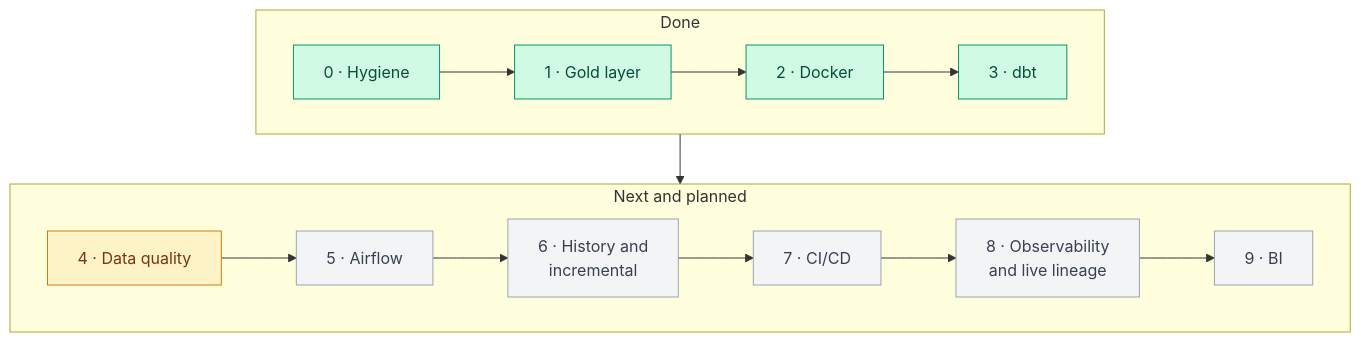
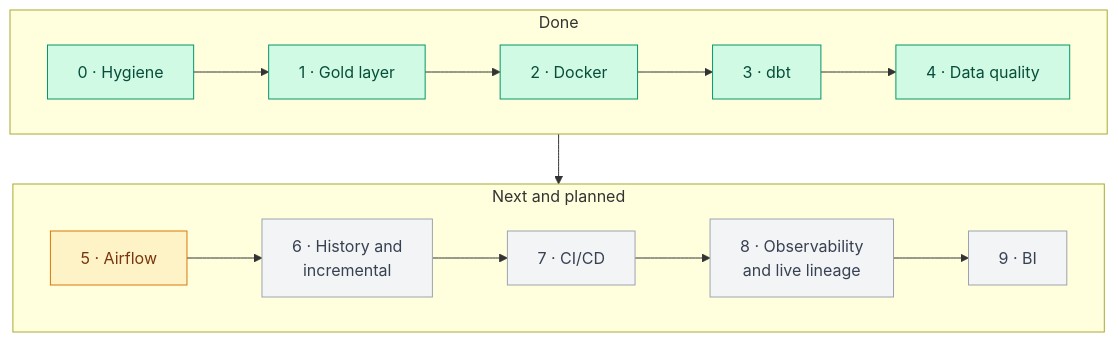
The first of 2 diagrams in docs/HUB.md (Afonsosequeira04/Data-Warehouse-Project), drawn with Mermaid before and after one commit. The commit also changed other lines of this file and 3 other files, not shown here.

````diff
--- a/docs/HUB.md
+++ b/docs/HUB.md
@@ -13,15 +13,15 @@
 ```mermaid
 flowchart TB
   subgraph DONE["Done"]
     direction LR
-    F0["0 · Hygiene"]:::done --> F1["1 · Gold layer"]:::done --> F2["2 · Docker"]:::done --> F3["3 · dbt"]:::done
+    F0["0 · Hygiene"]:::done --> F1["1 · Gold layer"]:::done --> F2["2 · Docker"]:::done --> F3["3 · dbt"]:::done --> F4["4 · Data quality"]:::done
   end
   subgraph NEXT["Next and planned"]
     direction LR
-    F4["4 · Data quality"]:::next --> F5["5 · Airflow"]:::planned --> F6["6 · History and<br/>incremental"]:::planned --> F7["7 · CI/CD"]:::planned --> F8["8 · Observability<br/>and live lineage"]:::planned --> F9["9 · BI"]:::planned
+    F5["5 · Airflow"]:::next --> F6["6 · History and<br/>incremental"]:::planned --> F7["7 · CI/CD"]:::planned --> F8["8 · Observability<br/>and live lineage"]:::planned --> F9["9 · BI"]:::planned
   end
   DONE --> NEXT
   classDef done fill:#d1fae5,stroke:#059669,color:#064e3b
   classDef next fill:#fef3c7,stroke:#d97706,color:#78350f
   classDef planned fill:#f3f4f6,stroke:#9ca3af,color:#374151
 ```
````
